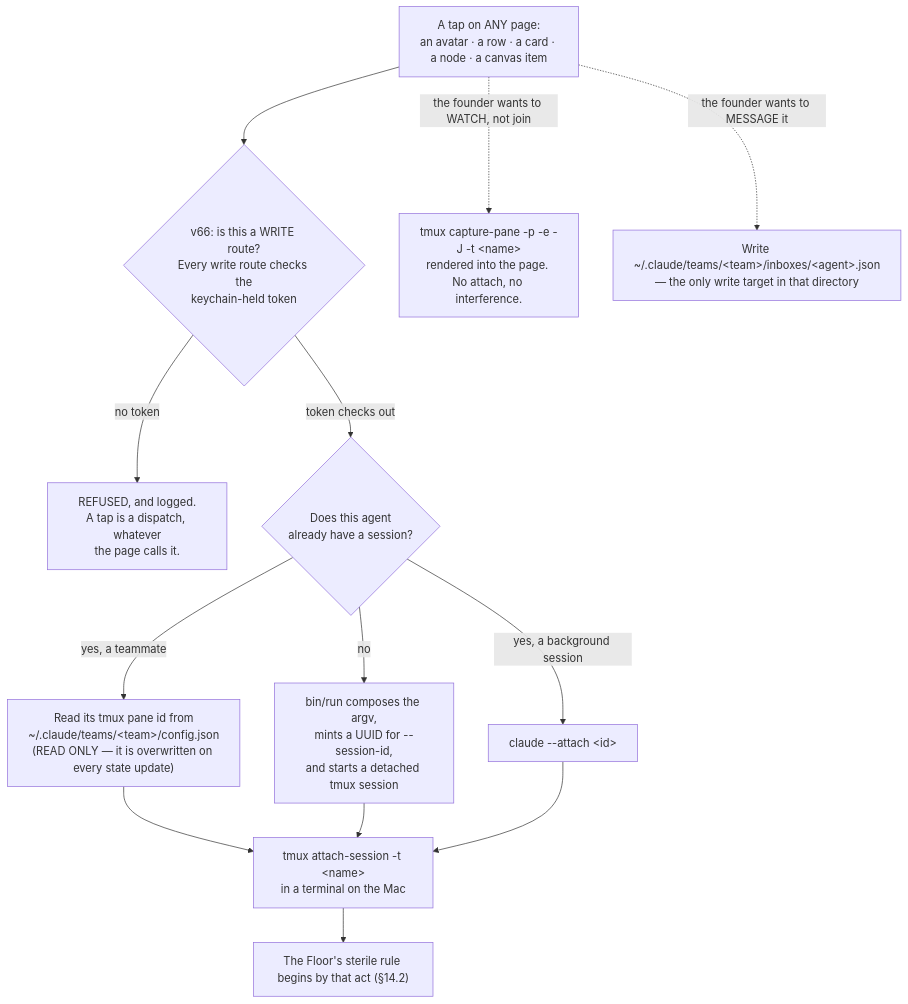
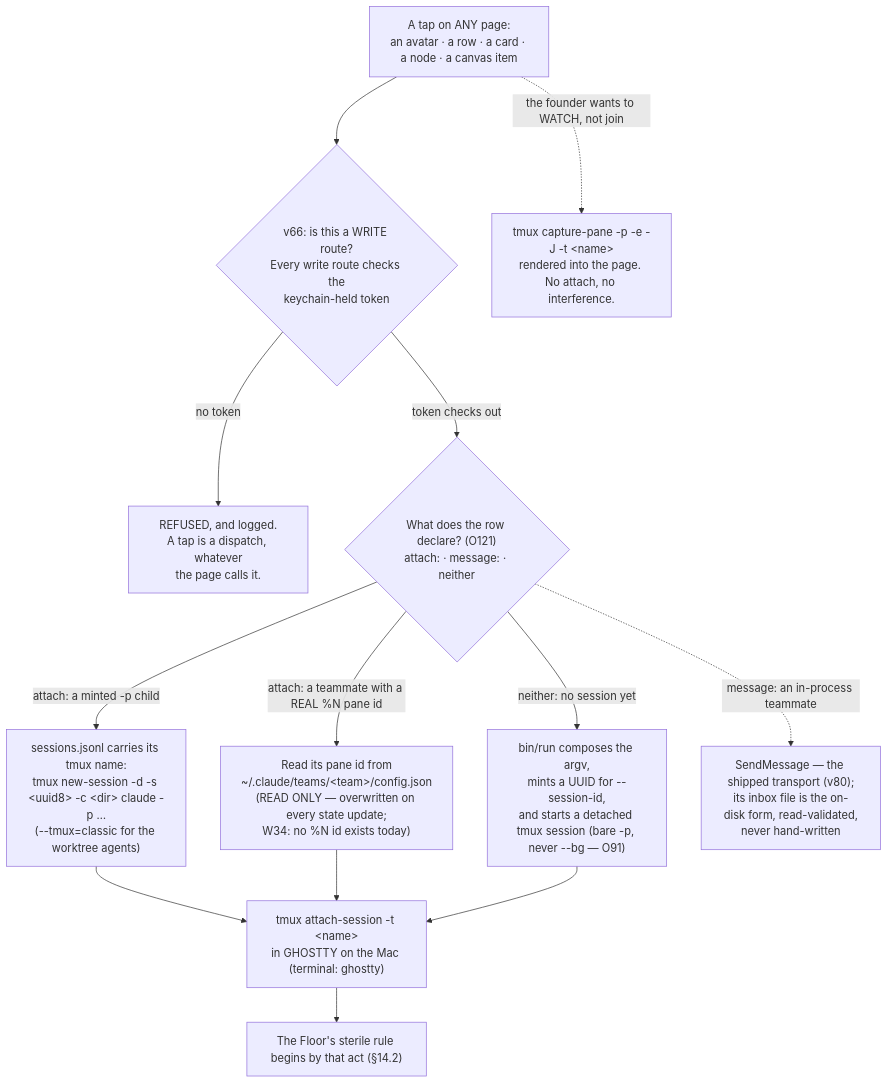
One commit to Adam077K/agentvibe changed the third of 3 diagrams in docs/03-system-design/final-v2/parts/14-mission-control.md. Above: the diagram before and after it, drawn with Mermaid. The commit also changed other lines of this file and 2 other files, not shown here.

First line of the commit message:
docs(final-v2): fixer round applied to §13, §13a, §14 — market record, curator held-out and canary, control arm, scoreboard, page order 4 first, attach/message, cord scopes, briefing first line

````diff
--- a/docs/03-system-design/final-v2/parts/14-mission-control.md
+++ b/docs/03-system-design/final-v2/parts/14-mission-control.md
@@ -628,15 +705,15 @@
 ```mermaid
 flowchart TD
     TAP["A tap on ANY page:<br/>an avatar · a row · a card · a node · a canvas item"] --> AUTH{"v66: is this a WRITE route?<br/>Every write route checks the<br/>keychain-held token"}
     AUTH -->|"no token"| REFUSE["REFUSED, and logged.<br/>A tap is a dispatch, whatever<br/>the page calls it."]
-    AUTH -->|"token checks out"| WHO{"Does this agent<br/>already have a session?"}
-    WHO -->|"yes, a teammate"| PANE["Read its tmux pane id from<br/>~/.claude/teams/&lt;team&gt;/config.json<br/>(READ ONLY — it is overwritten on every state update)"]
-    WHO -->|"yes, a background session"| ATT["claude --attach &lt;id&gt;"]
-    WHO -->|"no"| NEW["bin/run composes the argv,<br/>mints a UUID for --session-id,<br/>and starts a detached tmux session"]
-    PANE --> ATTACH["tmux attach-session -t &lt;name&gt;<br/>in a terminal on the Mac"]
+    AUTH -->|"token checks out"| WHO{"What does the row declare? (O121)<br/>attach: · message: · neither"}
+    WHO -->|"attach: a minted -p child"| SESS["sessions.jsonl carries its tmux name:<br/>tmux new-session -d -s &lt;uuid8&gt; -c &lt;dir&gt; claude -p …<br/>(--tmux=classic for the worktree agents)"]
+    WHO -->|"attach: a teammate with a REAL %N pane id"| PANE["Read its pane id from<br/>~/.claude/teams/&lt;team&gt;/config.json<br/>(READ ONLY — overwritten on every state update;<br/>W34: no %N id exists today)"]
+    WHO -->|"neither: no session yet"| NEW["bin/run composes the argv,<br/>mints a UUID for --session-id,<br/>and starts a detached tmux session (bare -p, never --bg — O91)"]
+    SESS --> ATTACH["tmux attach-session -t &lt;name&gt;<br/>in GHOSTTY on the Mac (terminal: ghostty)"]
+    PANE --> ATTACH
     NEW --> ATTACH
-    ATT --> ATTACH
     ATTACH --> STERILE["The Floor's sterile rule begins by that act (§14.2)"]
     TAP -.->|"the founder wants to WATCH, not join"| CAP["tmux capture-pane -p -e -J -t &lt;name&gt;<br/>rendered into the page. No attach, no interference."]
-    TAP -.->|"the founder wants to MESSAGE it"| INBOX["Write ~/.claude/teams/&lt;team&gt;/inboxes/&lt;agent&gt;.json<br/>— the only write target in that directory"]
+    WHO -.->|"message: an in-process teammate"| MSG["SendMessage — the shipped transport (v80);<br/>its inbox file is the on-disk form, read-validated,<br/>never hand-written"]
 ```
````
